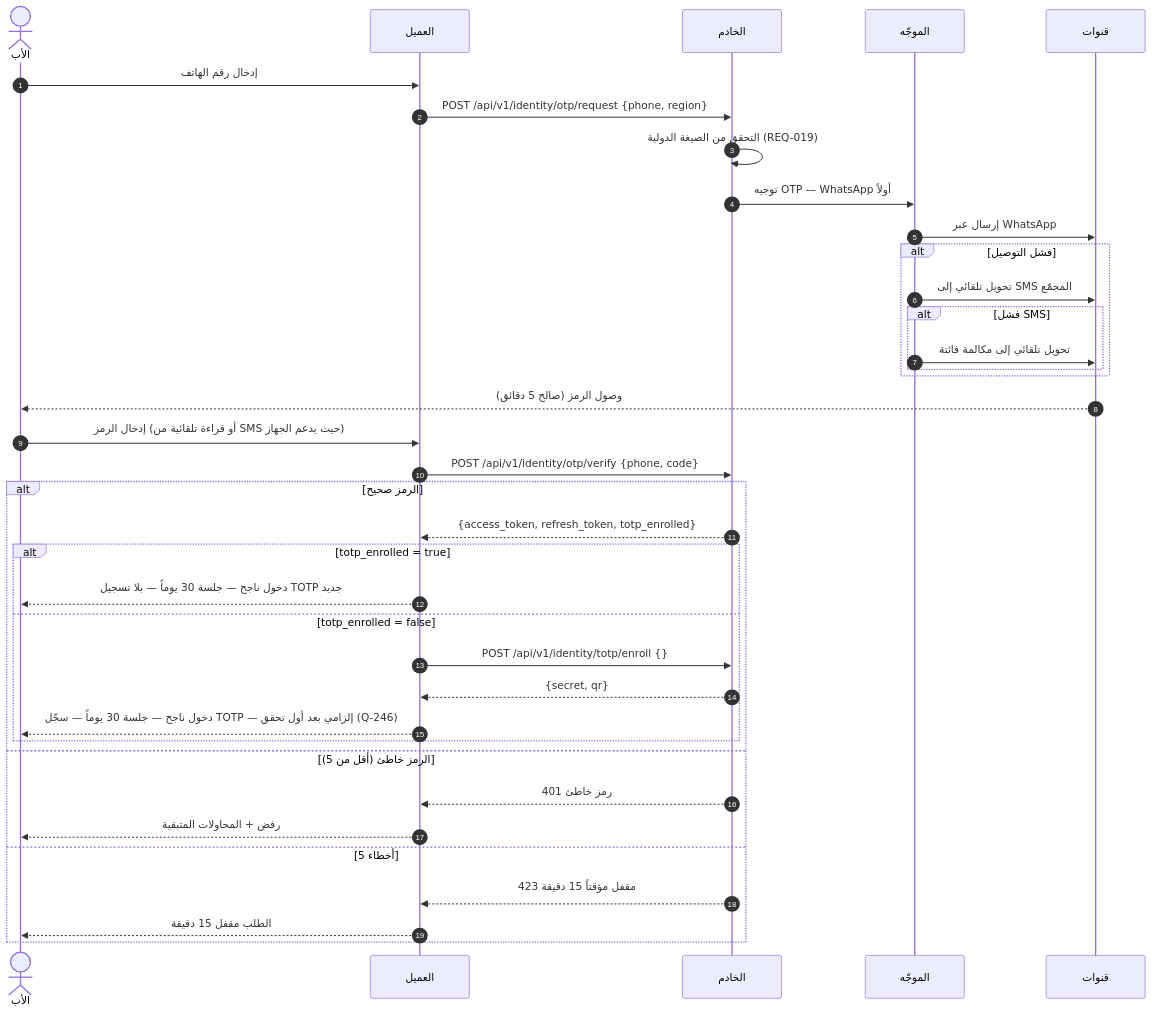
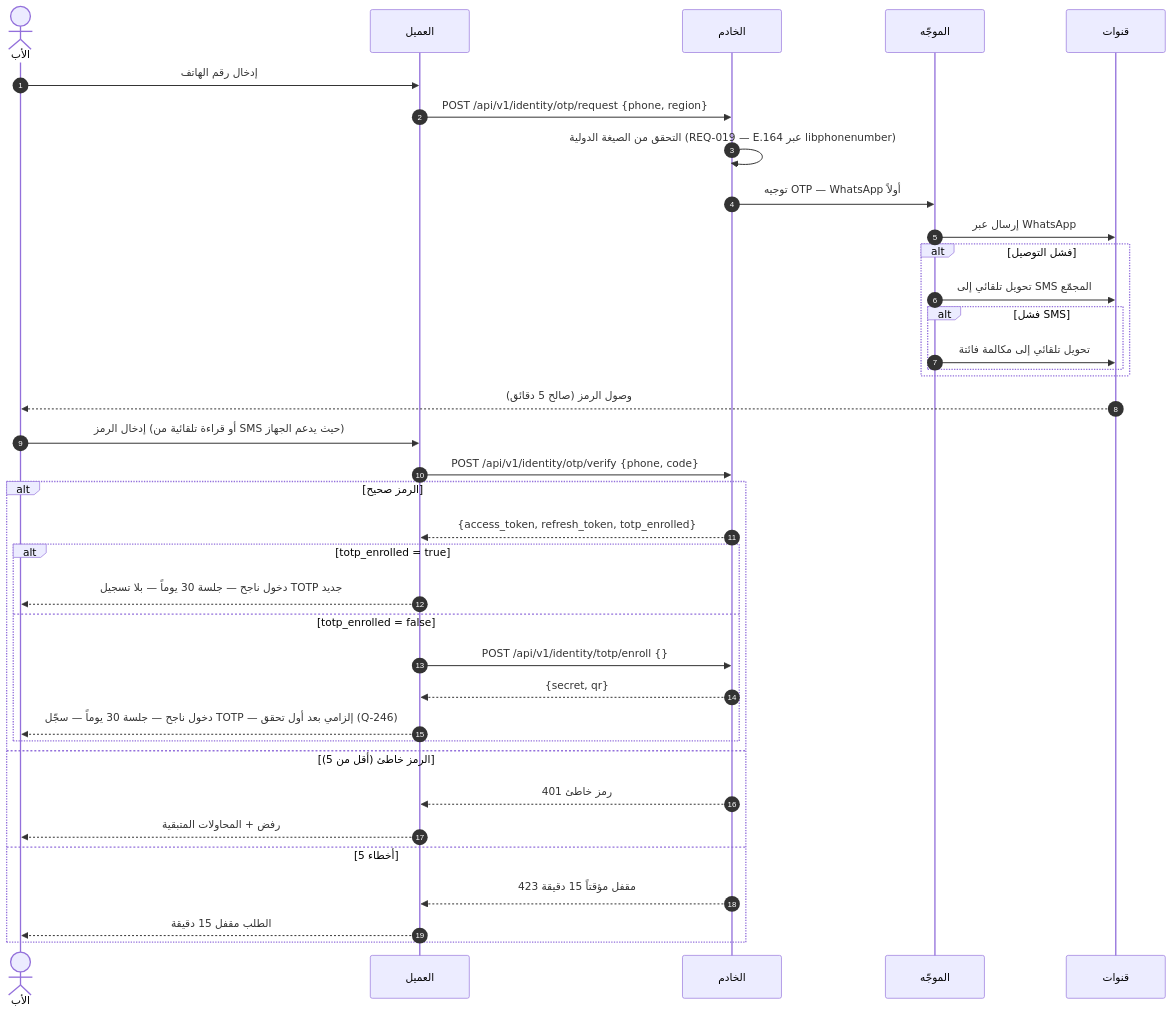
The third of 13 diagrams in docs/family-os/governance/phases/phase-1/S1-02-identity-and-onboarding/DIAGRAMS.md (Bassam-mohammed-alqaeadi/family-os-v2), drawn with Mermaid before and after one commit. The commit also changed other lines of this file and 3 other files, not shown here.

````diff
--- a/docs/family-os/governance/phases/phase-1/S1-02-identity-and-onboarding/DIAGRAMS.md
+++ b/docs/family-os/governance/phases/phase-1/S1-02-identity-and-onboarding/DIAGRAMS.md
@@ -207,39 +207,39 @@
 ```mermaid
 sequenceDiagram
     autonumber
     actor Father as الأب
     participant Client as العميل
     participant Ktor as الخادم
     participant Router as الموجّه
     participant Channels as قنوات
     Father->>Client: إدخال رقم الهاتف
     Client->>Ktor: POST /api/v1/identity/otp/request {phone, region}
-    Ktor->>Ktor: التحقق من الصيغة الدولية (REQ-019)
+    Ktor->>Ktor: التحقق من الصيغة الدولية (REQ-019 — E.164 عبر libphonenumber)
     Ktor->>Router: توجيه OTP — WhatsApp أولاً
     Router->>Channels: إرسال عبر WhatsApp
     alt فشل التوصيل
         Router->>Channels: تحويل تلقائي إلى SMS المجمّع
         alt فشل SMS
             Router->>Channels: تحويل تلقائي إلى مكالمة فائتة
         end
     end
     Channels-->>Father: وصول الرمز (صالح 5 دقائق)
     Father->>Client: إدخال الرمز (أو قراءة تلقائية من SMS حيث يدعم الجهاز)
     Client->>Ktor: POST /api/v1/identity/otp/verify {phone, code}
     alt الرمز صحيح
         Ktor-->>Client: {access_token, refresh_token, totp_enrolled}
         alt totp_enrolled = true
             Client-->>Father: دخول ناجح — جلسة 30 يوماً — بلا تسجيل TOTP جديد
         else totp_enrolled = false
             Client->>Ktor: POST /api/v1/identity/totp/enroll {}
             Ktor-->>Client: {secret, qr}
             Client-->>Father: دخول ناجح — جلسة 30 يوماً — سجّل TOTP — إلزامي بعد أول تحقق (Q-246)
         end
     else الرمز خاطئ (أقل من 5)
         Ktor-->>Client: 401 رمز خاطئ
         Client-->>Father: رفض + المحاولات المتبقية
     else 5 أخطاء
         Ktor-->>Client: 423 مقفل مؤقتاً 15 دقيقة
         Client-->>Father: الطلب مقفل 15 دقيقة
     end
 ```
````
